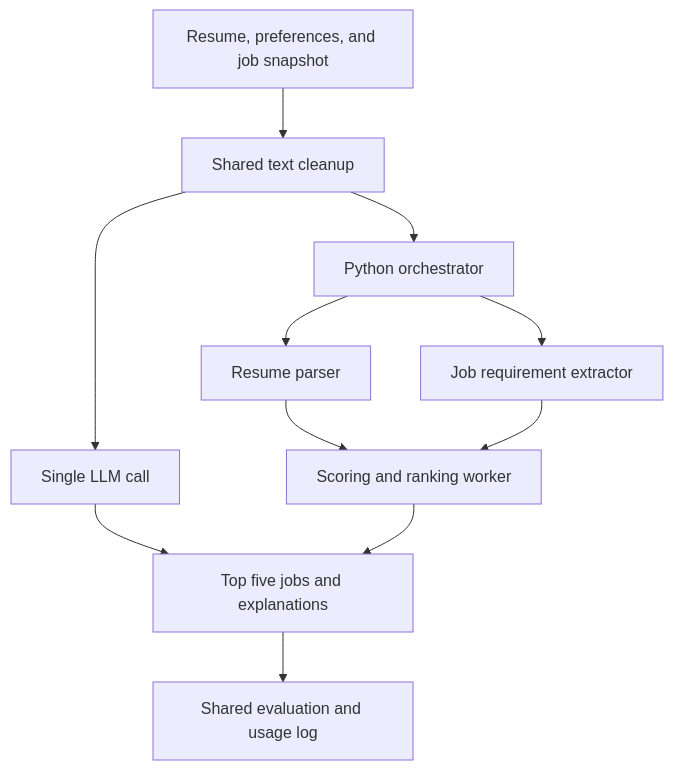
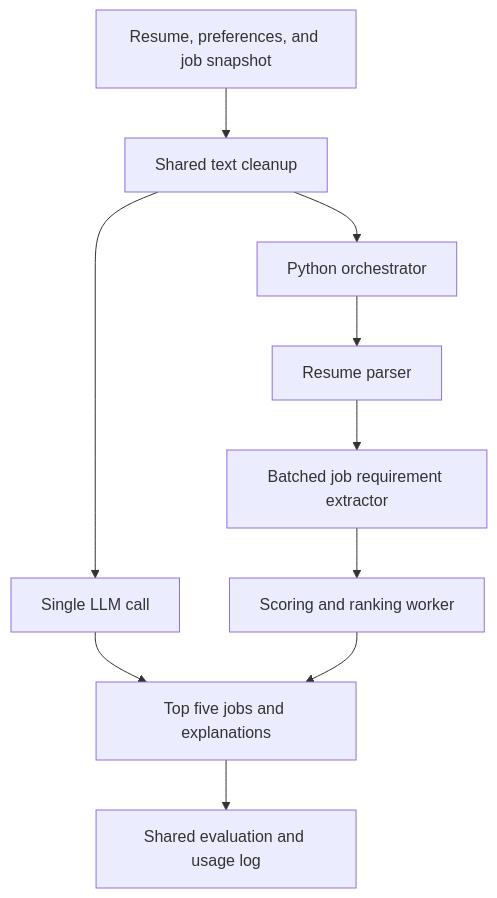
The diagram in README.md (RitvikNeerattil/agentic_resume_matcher), drawn with Mermaid before and after one commit. The commit also changed other lines of this file and 5 other files, not shown here.

````diff
--- a/README.md
+++ b/README.md
@@ -124,13 +146,12 @@
 ```mermaid
 flowchart TD
     A["Resume, preferences, and job snapshot"] --> B["Shared text cleanup"]
     B --> C["Single LLM call"]
     B --> D["Python orchestrator"]
     D --> E["Resume parser"]
-    D --> F["Job requirement extractor"]
-    E --> G["Scoring and ranking worker"]
-    F --> G
+    E --> F["Batched job requirement extractor"]
+    F --> G["Scoring and ranking worker"]
     C --> H["Top five jobs and explanations"]
     G --> H
     H --> I["Shared evaluation and usage log"]
 ```
````
